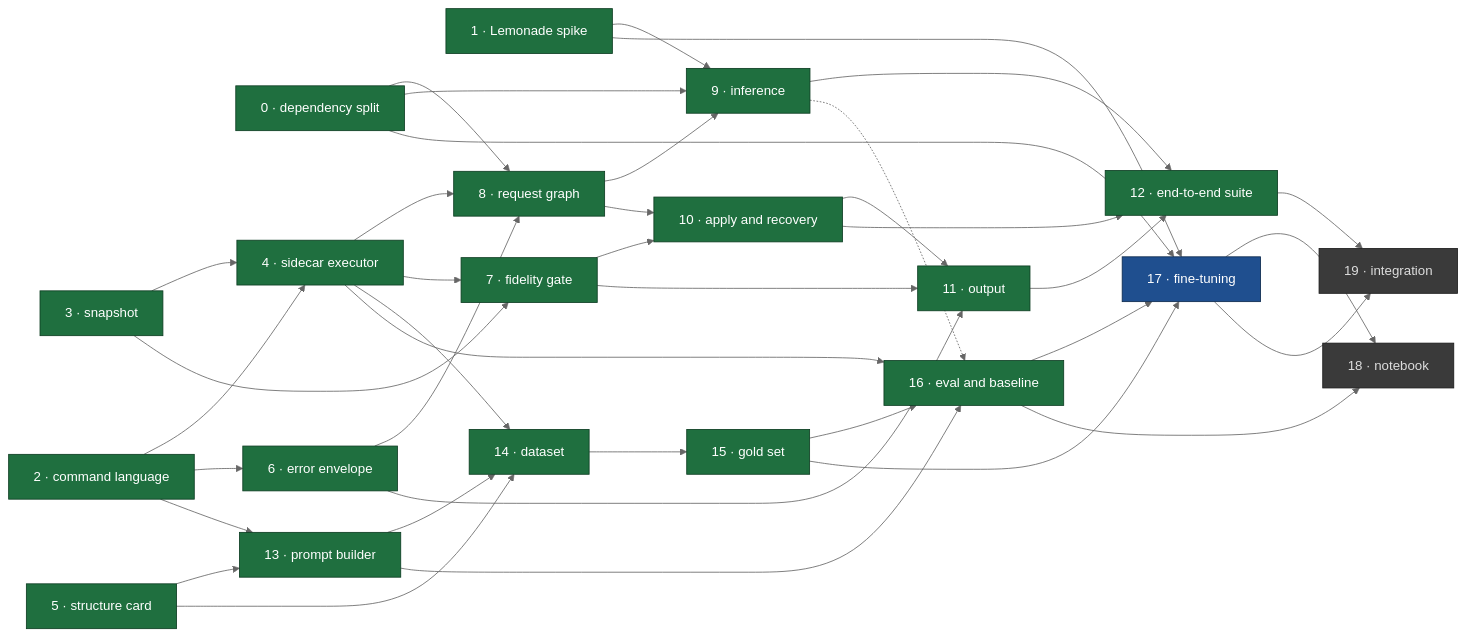
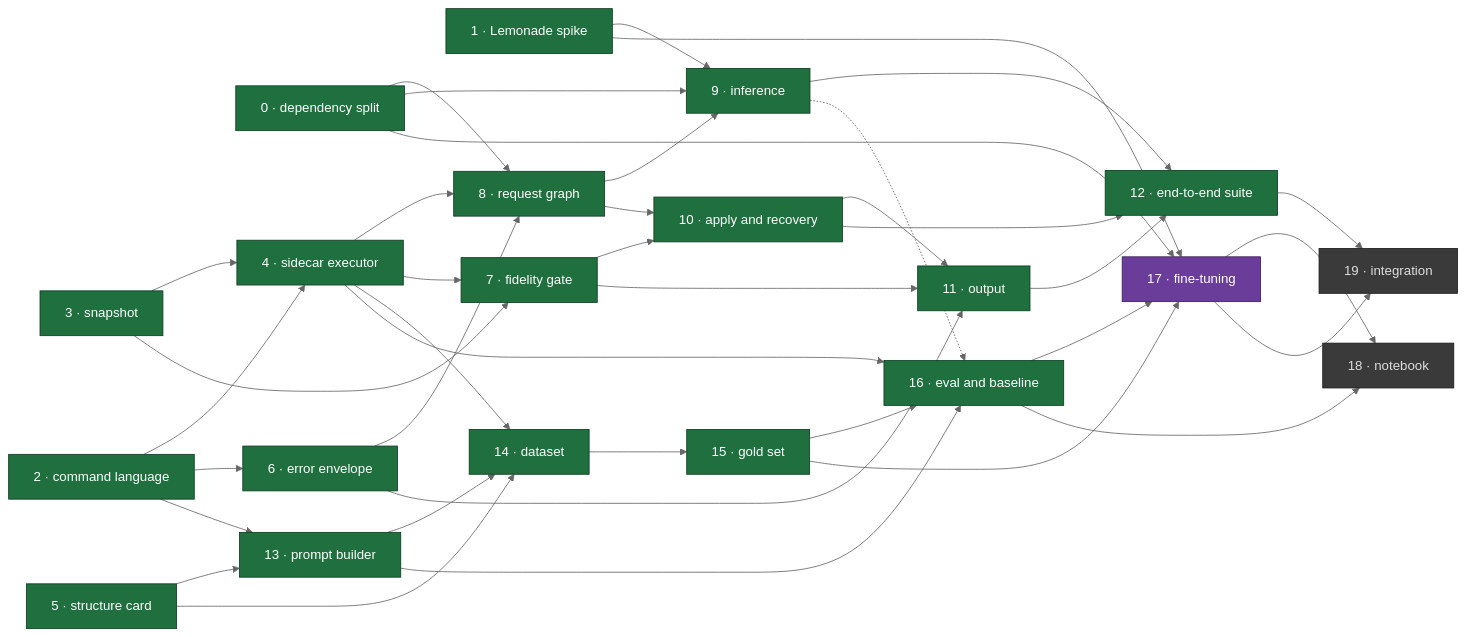
One commit to urban233/pymol-copilot changed the diagram in docs/master_plan.md. Above: the diagram before and after it, drawn with Mermaid (neutral theme). The commit also changed other lines of this file and 1 other file, not shown here.

````diff
--- a/docs/master_plan.md
+++ b/docs/master_plan.md
@@ -112,67 +112,67 @@
 ```mermaid
 flowchart LR
   classDef done fill:#1f6f3f,stroke:#0d3d22,color:#fff
   classDef review fill:#8a6d1a,stroke:#4d3c0c,color:#fff
   classDef ready fill:#1f4f8f,stroke:#0d2a4d,color:#fff
   classDef progress fill:#6a3d9a,stroke:#3a1f57,color:#fff
   classDef blocked fill:#3a3a3a,stroke:#1a1a1a,color:#ddd
 
   I0["0 · dependency split"]:::done
   I1["1 · Lemonade spike"]:::done
   I2["2 · command language"]:::done
   I3["3 · snapshot"]:::done
   I4["4 · sidecar executor"]:::done
   I5["5 · structure card"]:::done
   I6["6 · error envelope"]:::done
   I7["7 · fidelity gate"]:::done
   I8["8 · request graph"]:::done
   I9["9 · inference"]:::done
   I10["10 · apply and recovery"]:::done
   I11["11 · output"]:::done
   I12["12 · end-to-end suite"]:::done
   I13["13 · prompt builder"]:::done
   I14["14 · dataset"]:::done
   I15["15 · gold set"]:::done
   I16["16 · eval and baseline"]:::done
-  I17["17 · fine-tuning"]:::ready
+  I17["17 · fine-tuning"]:::progress
   I18["18 · notebook"]:::blocked
   I19["19 · integration"]:::blocked
 
   I2 --> I4
   I3 --> I4
   I2 --> I6
   I0 --> I8
   I4 --> I8
   I6 --> I8
   I3 --> I7
   I4 --> I7
   I0 --> I9
   I1 --> I9
   I8 --> I9
   I7 --> I10
   I8 --> I10
   I6 --> I11
   I7 --> I11
   I10 --> I11
   I9 --> I12
   I10 --> I12
   I11 --> I12
   I2 --> I13
   I5 --> I13
   I4 --> I14
   I5 --> I14
   I13 --> I14
   I14 --> I15
   I15 --> I16
   I13 --> I16
   I4 --> I16
   I9 -.-> I16
   I1 --> I17
   I0 --> I17
   I15 --> I17
   I16 --> I17
   I16 --> I18
   I17 --> I18
   I12 --> I19
   I17 --> I19
 ```
````
